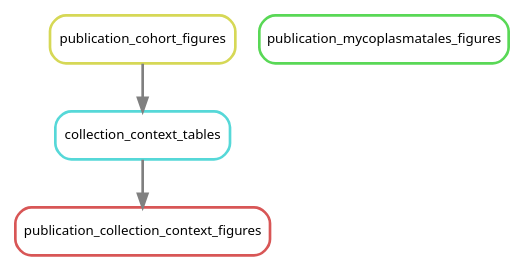
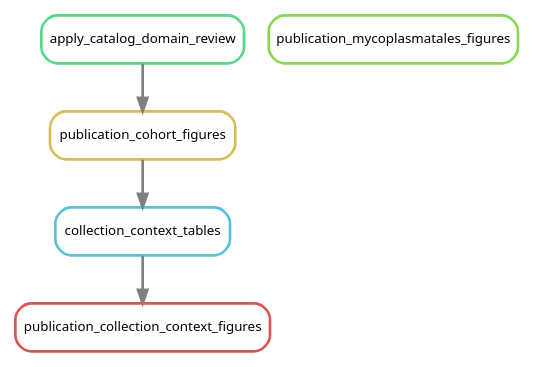
One commit to caseywdunn/siph-associates changed the diagram in docs/workflow/graphs/publication.dot. Above: the diagram before and after it, drawn with Graphviz. The commit also changed 171 other files, not shown here.

First line of the commit message:
Correct MAG domain assignments and prepare the expanded cohort for review

```diff
--- a/docs/workflow/graphs/publication.dot
+++ b/docs/workflow/graphs/publication.dot
@@ -1,11 +1,13 @@
 digraph snakemake_dag {
     graph[bgcolor=white, margin=0];
     node[shape=box, style=rounded, fontname=sans,                 fontsize=10, penwidth=2];
     edge[penwidth=2, color=grey];
 	0[label = "publication_collection_context_figures", color = "0.00 0.6 0.85", style="rounded"];
-	1[label = "collection_context_tables", color = "0.50 0.6 0.85", style="rounded"];
-	2[label = "publication_cohort_figures", color = "0.17 0.6 0.85", style="rounded"];
-	3[label = "publication_mycoplasmatales_figures", color = "0.33 0.6 0.85", style="rounded"];
+	1[label = "collection_context_tables", color = "0.53 0.6 0.85", style="rounded"];
+	2[label = "publication_cohort_figures", color = "0.13 0.6 0.85", style="rounded"];
+	3[label = "apply_catalog_domain_review", color = "0.40 0.6 0.85", style="rounded"];
+	4[label = "publication_mycoplasmatales_figures", color = "0.27 0.6 0.85", style="rounded"];
 	1 -> 0
 	2 -> 1
+	3 -> 2
 }            
```
